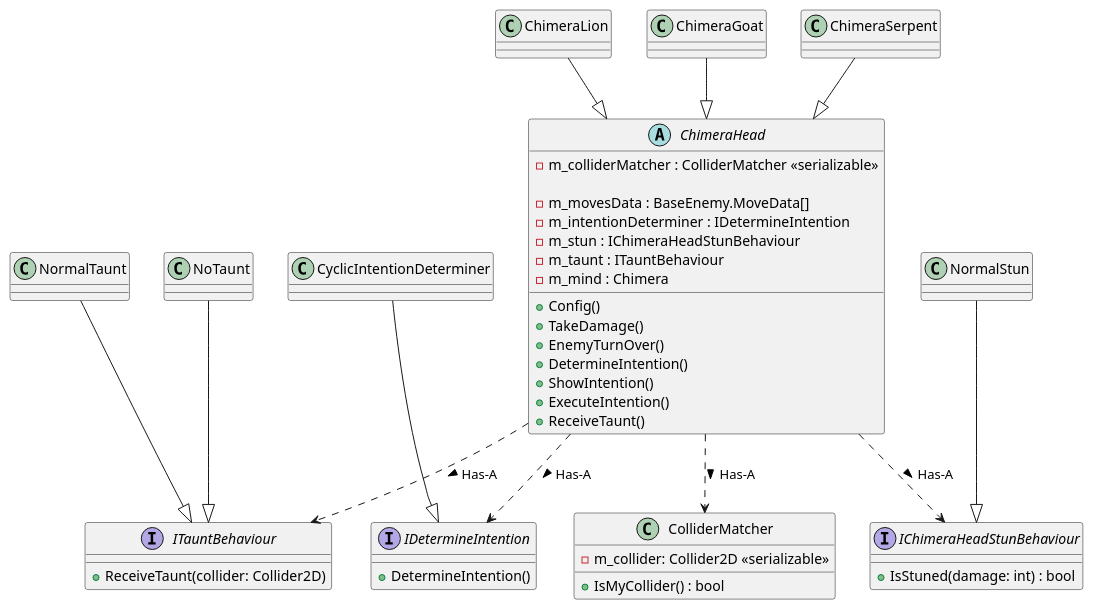
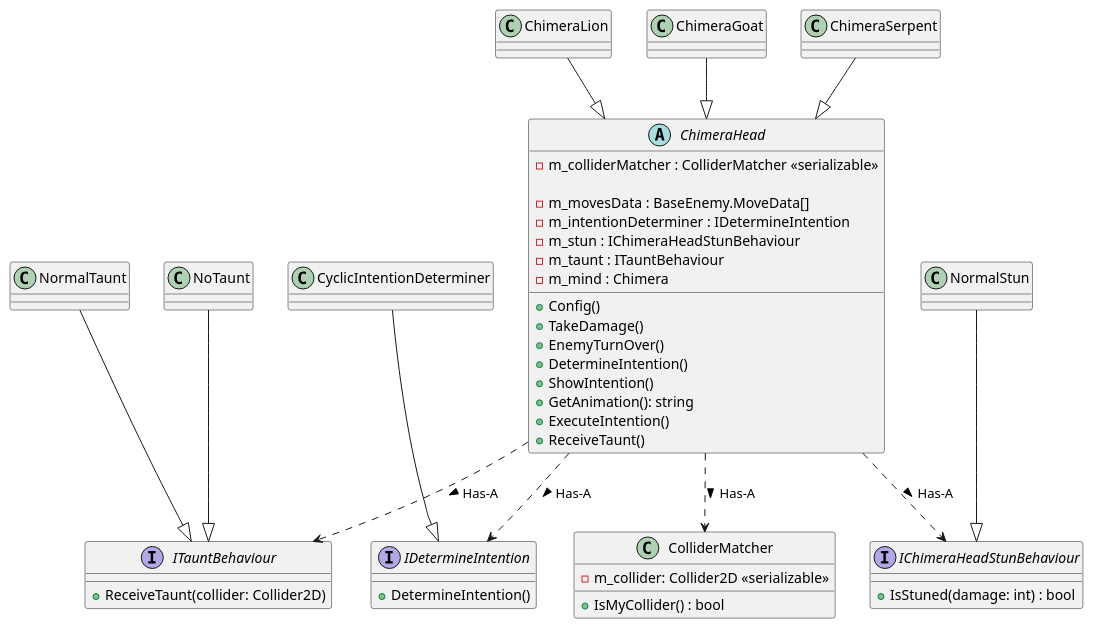
The diagram in Assets/Docs/UML/Enemies/ChimeraUML.puml (theAliTajik/MarchOnOlympus), drawn with PlantUML before and after one commit. The commit also changed 44 other files, not shown here.

```diff
--- a/Assets/Docs/UML/Enemies/ChimeraUML.puml
+++ b/Assets/Docs/UML/Enemies/ChimeraUML.puml
@@ -1,68 +1,69 @@
 @startuml
 'https://plantuml.com/class-diagram
 
 abstract class ChimeraHead {
 
 - m_colliderMatcher : ColliderMatcher <<serializable>>
 
 - m_movesData : BaseEnemy.MoveData[]
 - m_intentionDeterminer : IDetermineIntention
 - m_stun : IChimeraHeadStunBehaviour
 - m_taunt : ITauntBehaviour
 - m_mind : Chimera
 
 
 + Config()
 + TakeDamage()
 + EnemyTurnOver()
 + DetermineIntention()
 + ShowIntention()
++ GetAnimation(): string
 + ExecuteIntention() 
 + ReceiveTaunt()
 }
 
 interface ITauntBehaviour {
 + ReceiveTaunt(collider: Collider2D)
 }
 
 class NormalTaunt
 class NoTaunt
 
 NormalTaunt --|> ITauntBehaviour
 NoTaunt --|> ITauntBehaviour
 
 interface IDetermineIntention{
 + DetermineIntention()
 }
 
 class CyclicIntentionDeterminer
 CyclicIntentionDeterminer --|> IDetermineIntention
 
 interface IChimeraHeadStunBehaviour{
 + IsStuned(damage: int) : bool
 }
 
 class NormalStun
 NormalStun --|> IChimeraHeadStunBehaviour
 
 class ColliderMatcher{
 - m_collider: Collider2D <<serializable>>
 
 + IsMyCollider() : bool
 }
 
 
 ChimeraHead ..> ITauntBehaviour : Has-A >
 ChimeraHead ..> IDetermineIntention : Has-A >
 ChimeraHead ..> IChimeraHeadStunBehaviour : Has-A >
 ChimeraHead ..> ColliderMatcher : Has-A >
 
 class ChimeraLion 
 class ChimeraGoat 
 class ChimeraSerpent 
 
 ChimeraLion --|> ChimeraHead
 ChimeraGoat --|> ChimeraHead
 ChimeraSerpent --|> ChimeraHead
 
 @enduml
```
